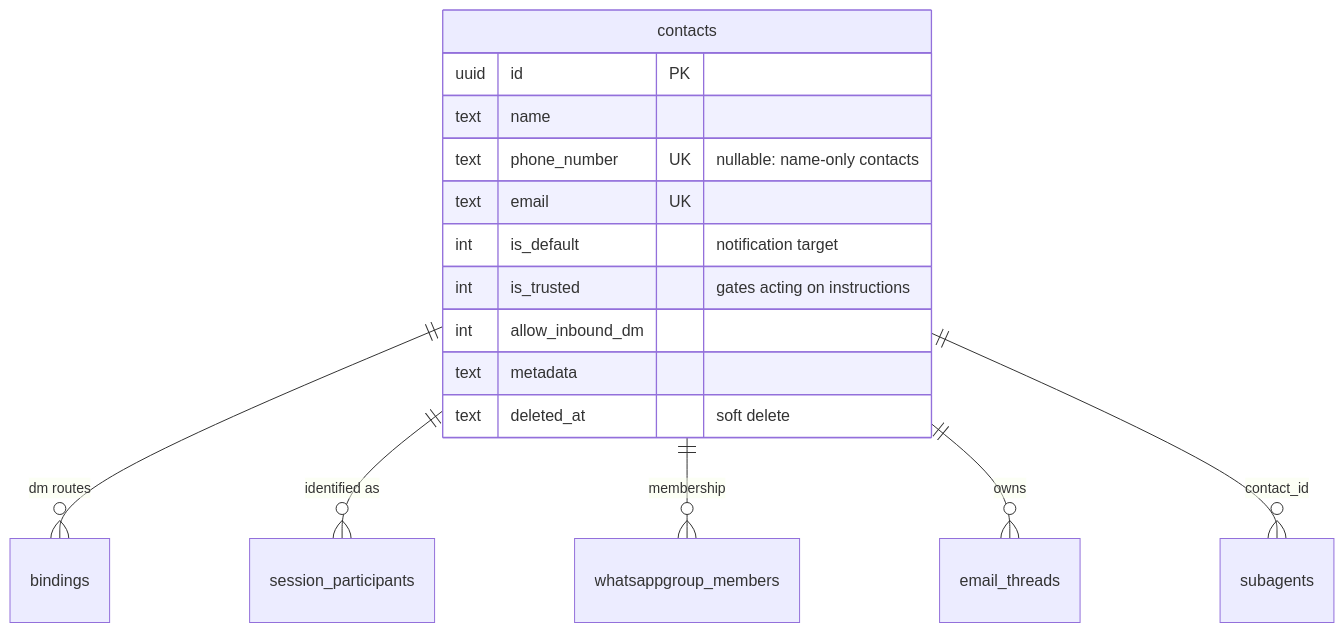
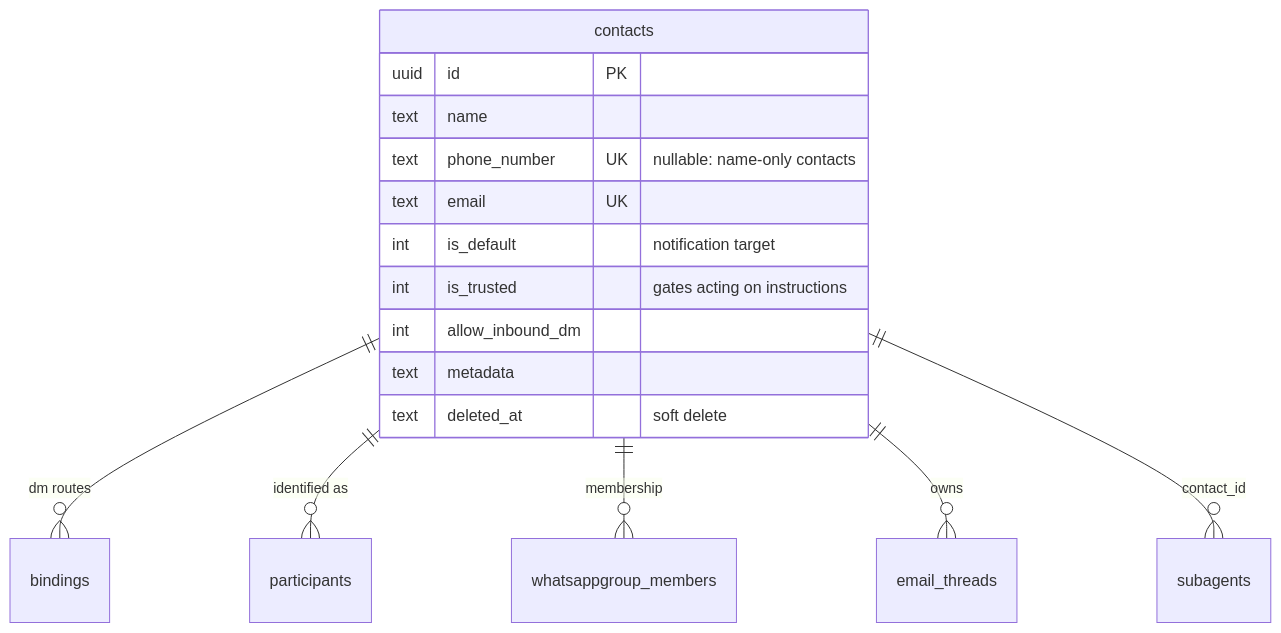
Before and after one commit to mike-crabcat/bob: the third of 10 diagrams in docs/datamodel.md, drawn with Mermaid. The commit also changed other lines of this file and 21 other files, not shown here.

````diff
--- a/docs/datamodel.md
+++ b/docs/datamodel.md
@@ -228,20 +237,20 @@
 ```mermaid
 erDiagram
     contacts ||--o{ bindings : "dm routes"
-    contacts ||--o{ session_participants : "identified as"
+    contacts ||--o{ participants : "identified as"
     contacts ||--o{ whatsappgroup_members : "membership"
     contacts ||--o{ email_threads : "owns"
     contacts ||--o{ subagents : "contact_id"
 
     contacts {
         uuid id PK
         text name
         text phone_number UK "nullable: name-only contacts"
         text email UK
         int is_default "notification target"
         int is_trusted "gates acting on instructions"
         int allow_inbound_dm
         text metadata
         text deleted_at "soft delete"
     }
 ```
````
